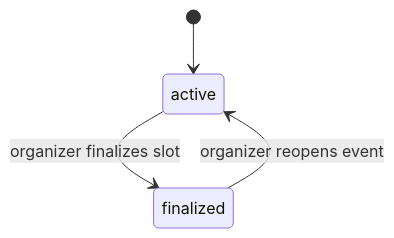
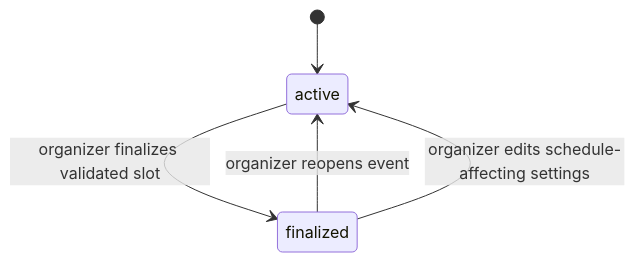
Before and after one commit to anxkhn/togoo: the second of 3 diagrams in PRD.md, drawn with Mermaid. The commit also changed other lines of this file and 3 other files, not shown here.

````diff
--- a/PRD.md
+++ b/PRD.md
@@ -213,6 +264,7 @@
 ```mermaid
 stateDiagram-v2
     [*] --> active
-    active --> finalized: organizer finalizes slot
+    active --> finalized: organizer finalizes validated slot
     finalized --> active: organizer reopens event
+    finalized --> active: organizer edits schedule-affecting settings
 ```
````
